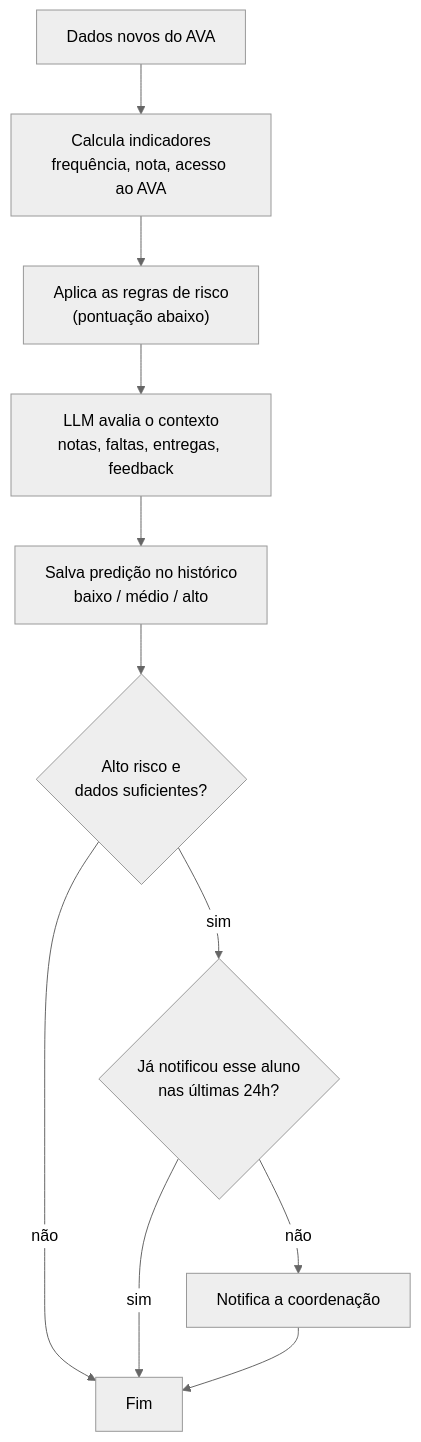
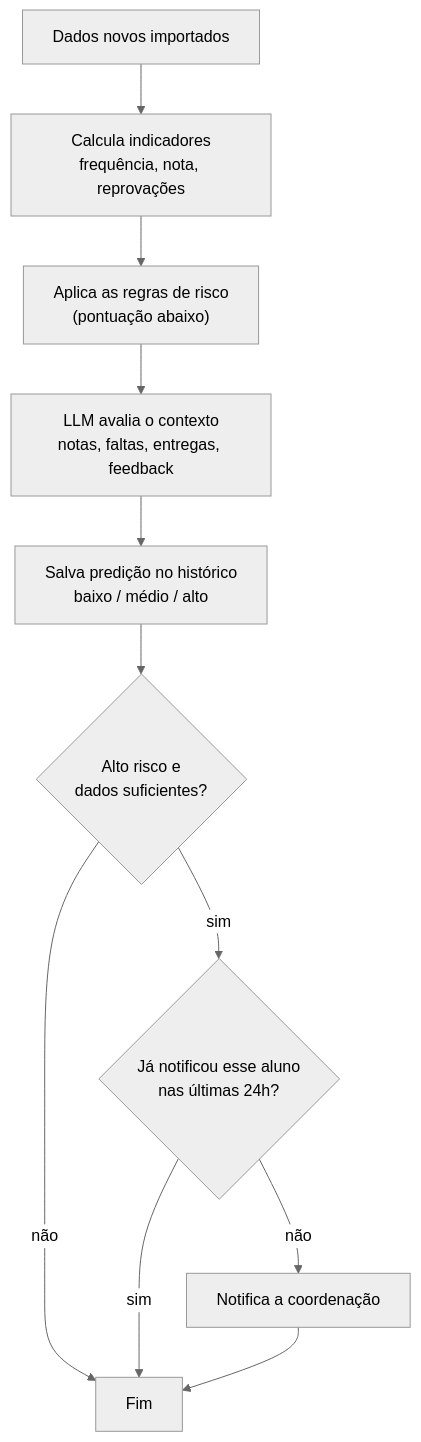
One commit to DiegoGDutra/Projeto-Espiada changed the third of 4 diagrams in readme.md. Above: the diagram before and after it, drawn with Mermaid (neutral theme). The commit also changed other lines of this file and 23 other files, not shown here.

First line of the commit message:
Adota o schema do dataset sintético e importa os dados fornecidos

````diff
--- a/readme.md
+++ b/readme.md
@@ -164,12 +169,12 @@
 ```mermaid
 flowchart TD
-    N["Dados novos do AVA"] --> I["Calcula indicadores<br/>frequência, nota, acesso ao AVA"]
+    N["Dados novos importados"] --> I["Calcula indicadores<br/>frequência, nota, reprovações"]
     I --> R["Aplica as regras de risco<br/>(pontuação abaixo)"]
     R --> L["LLM avalia o contexto<br/>notas, faltas, entregas, feedback"]
     L --> S["Salva predição no histórico<br/>baixo / médio / alto"]
     S --> Q{"Alto risco e<br/>dados suficientes?"}
     Q -->|não| F["Fim"]
     Q -->|sim| D{"Já notificou esse aluno<br/>nas últimas 24h?"}
     D -->|sim| F
     D -->|não| W["Notifica a coordenação"] --> F
 ```
````
